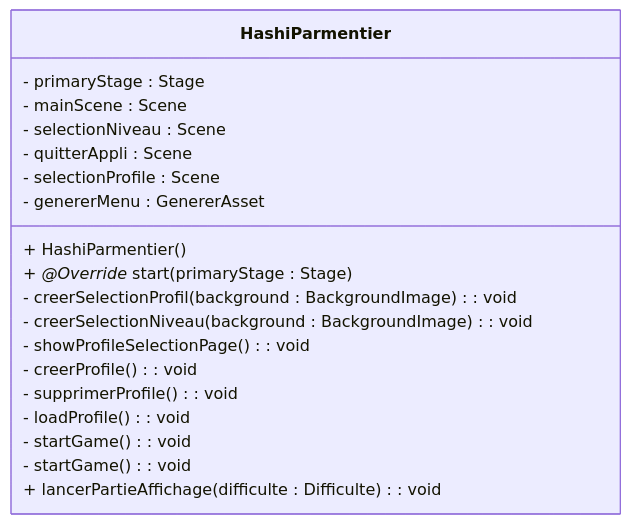
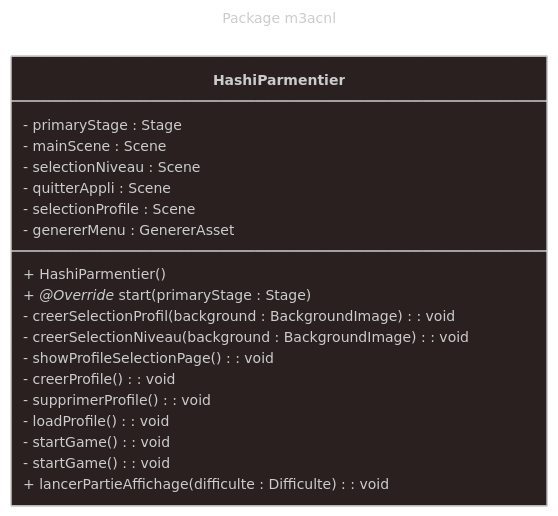
The diagram in DiagrammeClasse/root.mmd (Gr4-M3ACNL/documents), drawn with Mermaid before and after one commit. The commit also changed other lines of this file and 9 other files, not shown here.

Commit message:
docs: diagrame

```diff
--- a/DiagrammeClasse/root.mmd
+++ b/DiagrammeClasse/root.mmd
@@ -1,22 +1,27 @@
+---
+config:
+  theme: neo-dark
+title: Package m3acnl
+---
+
 classDiagram
 direction TB
     class HashiParmentier{
         - primaryStage : Stage
         - mainScene : Scene
         - selectionNiveau : Scene
         - quitterAppli : Scene
         - selectionProfile : Scene
         - genererMenu : GenererAsset
         + HashiParmentier()
         + *@Override* start(primaryStage : Stage)
         - creerSelectionProfil(background : BackgroundImage) : void
         - creerSelectionNiveau(background : BackgroundImage) : void
         - showProfileSelectionPage() : void
         - creerProfile() : void
         - supprimerProfile() : void
         - loadProfile() : void
         - startGame() : void
         - startGame() : void
         + lancerPartieAffichage(difficulte : Difficulte) : void
-
     }
```
